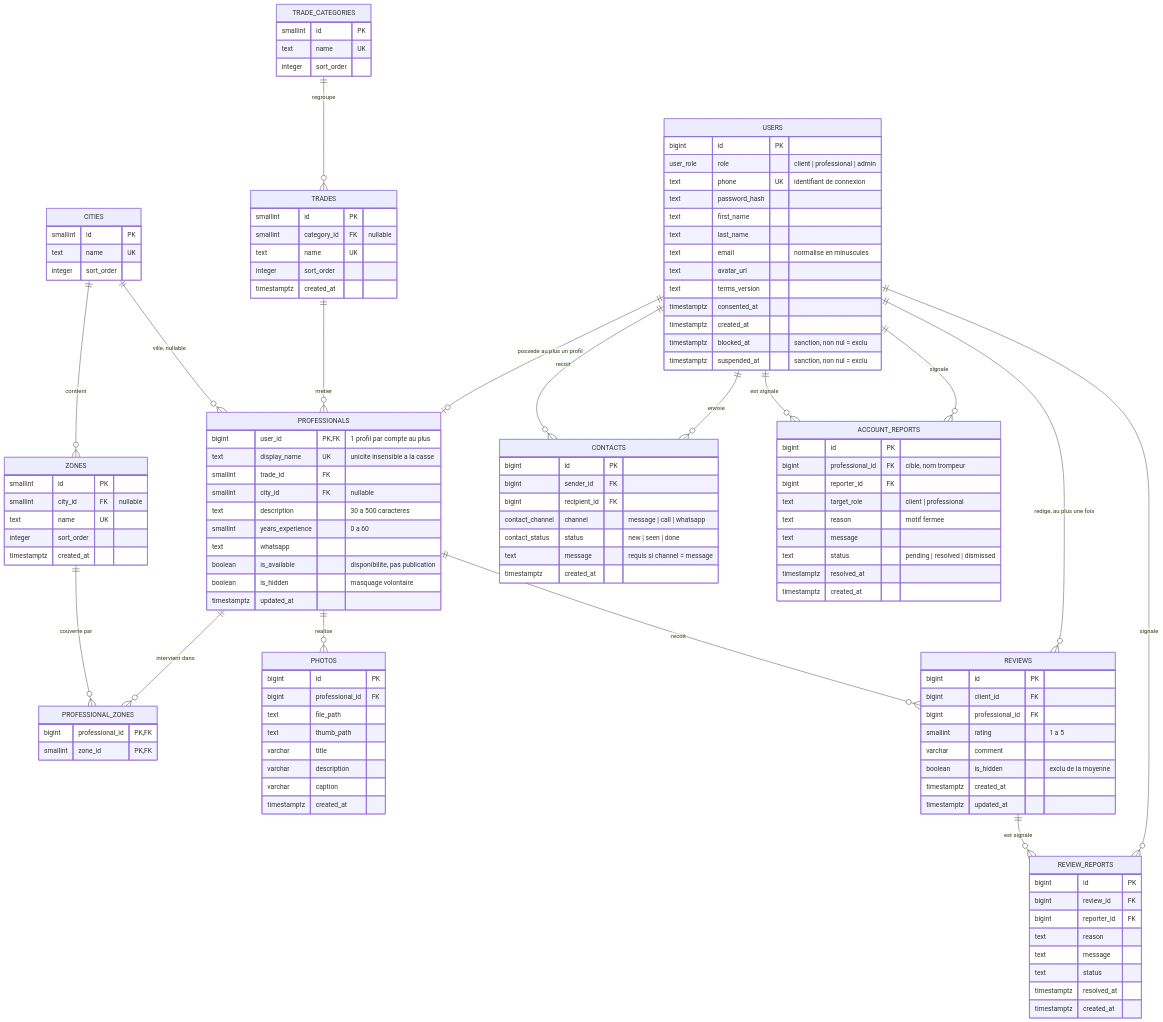
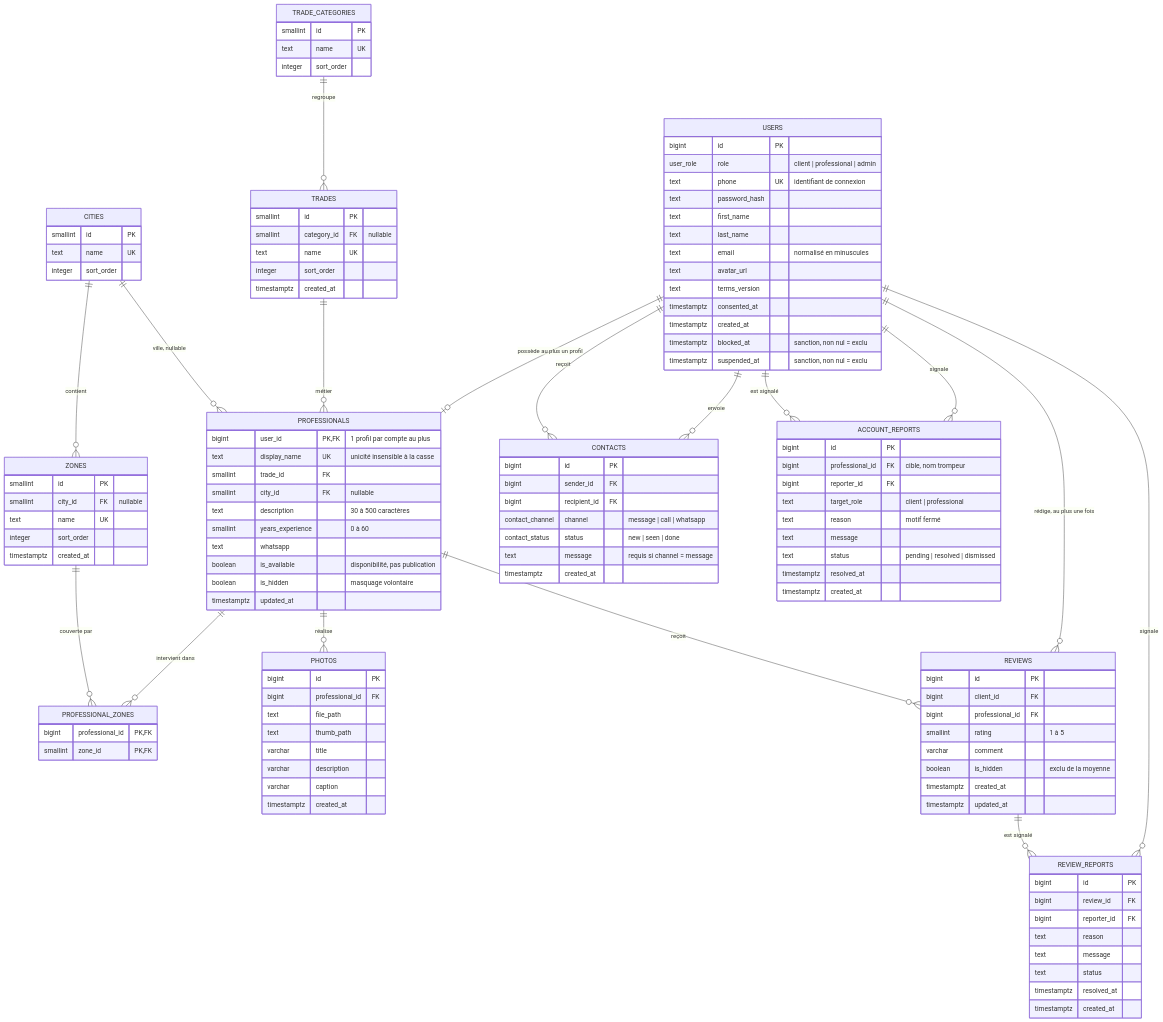
One commit to akieni-academy-c2/squad-4-sprint-produit-kope changed the diagram in docs/data-science/schema-diagram.md. Above: the diagram before and after it, drawn with Mermaid. The commit also changed other lines of this file and 20 other files, not shown here.

````diff
--- a/docs/data-science/schema-diagram.md
+++ b/docs/data-science/schema-diagram.md
@@ -11,6 +12,6 @@
 ```mermaid
 erDiagram
-    USERS ||--o| PROFESSIONALS : "possede au plus un profil"
+    USERS ||--o| PROFESSIONALS : "possède au plus un profil"
     USERS {
         bigint id PK
         user_role role "client | professional | admin"
@@ -18,7 +19,7 @@
         text password_hash
         text first_name
         text last_name
-        text email "normalise en minuscules"
+        text email "normalisé en minuscules"
         text avatar_url
         text terms_version
         timestamptz consented_at
@@ -29,13 +30,13 @@
 
     PROFESSIONALS {
         bigint user_id PK, FK "1 profil par compte au plus"
-        text display_name UK "unicite insensible a la casse"
+        text display_name UK "unicité insensible à la casse"
         smallint trade_id FK
         smallint city_id FK "nullable"
-        text description "30 a 500 caracteres"
-        smallint years_experience "0 a 60"
+        text description "30 à 500 caractères"
+        smallint years_experience "0 à 60"
         text whatsapp
-        boolean is_available "disponibilite, pas publication"
+        boolean is_available "disponibilité, pas publication"
         boolean is_hidden "masquage volontaire"
         timestamptz updated_at
     }
@@ -88,7 +89,7 @@
         bigint id PK
         bigint client_id FK
         bigint professional_id FK
-        smallint rating "1 a 5"
+        smallint rating "1 à 5"
         varchar comment
         boolean is_hidden "exclu de la moyenne"
         timestamptz created_at
@@ -110,7 +111,7 @@
         bigint professional_id FK "cible, nom trompeur"
         bigint reporter_id FK
         text target_role "client | professional"
-        text reason "motif fermee"
+        text reason "motif fermé"
         text message
         text status "pending | resolved | dismissed"
         timestamptz resolved_at
@@ -128,19 +129,19 @@
         timestamptz created_at
     }
 
-    USERS ||--o{ REVIEWS : "redige, au plus une fois"
-    PROFESSIONALS ||--o{ REVIEWS : "recoit"
+    USERS ||--o{ REVIEWS : "rédige, au plus une fois"
+    PROFESSIONALS ||--o{ REVIEWS : "reçoit"
     USERS ||--o{ CONTACTS : "envoie"
-    USERS ||--o{ CONTACTS : "recoit"
+    USERS ||--o{ CONTACTS : "reçoit"
     USERS ||--o{ ACCOUNT_REPORTS : "signale"
-    USERS ||--o{ ACCOUNT_REPORTS : "est signale"
+    USERS ||--o{ ACCOUNT_REPORTS : "est signalé"
     USERS ||--o{ REVIEW_REPORTS : "signale"
-    REVIEWS ||--o{ REVIEW_REPORTS : "est signale"
-    TRADES ||--o{ PROFESSIONALS : "metier"
+    REVIEWS ||--o{ REVIEW_REPORTS : "est signalé"
+    TRADES ||--o{ PROFESSIONALS : "métier"
     TRADE_CATEGORIES ||--o{ TRADES : "regroupe"
     CITIES ||--o{ ZONES : "contient"
     CITIES ||--o{ PROFESSIONALS : "ville, nullable"
     PROFESSIONALS ||--o{ PROFESSIONAL_ZONES : "intervient dans"
     ZONES ||--o{ PROFESSIONAL_ZONES : "couverte par"
-    PROFESSIONALS ||--o{ PHOTOS : "realise"
+    PROFESSIONALS ||--o{ PHOTOS : "réalise"
 ```
````
